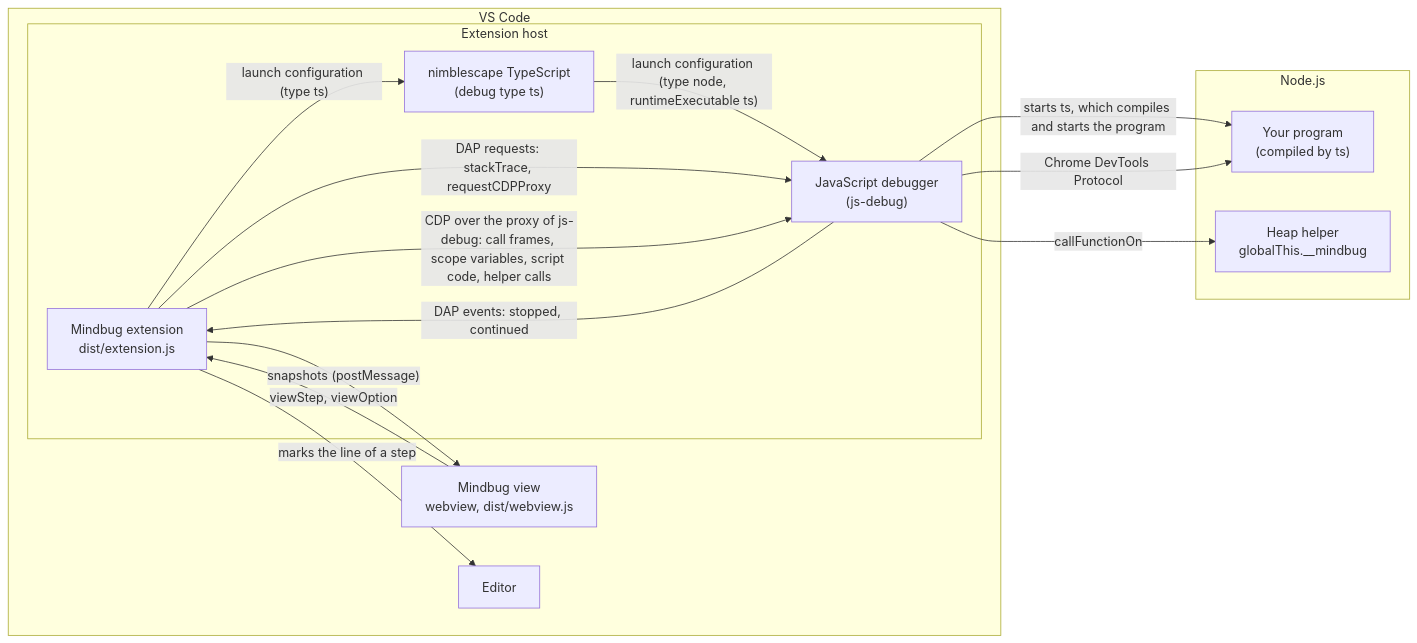
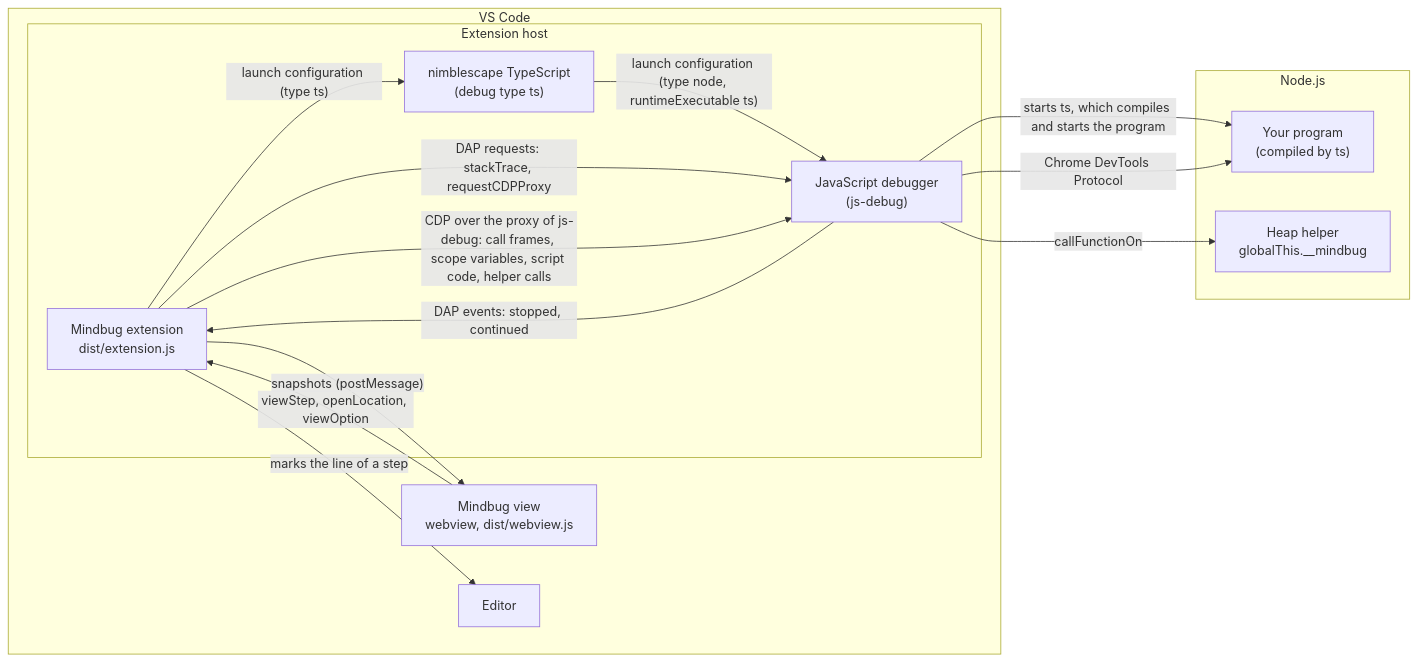
Before and after one commit to nimblescape/nimblescape-mindbug: the diagram in docs/architecture.md, drawn with Mermaid. The commit also changed other lines of this file and 11 other files, not shown here.

````diff
--- a/docs/architecture.md
+++ b/docs/architecture.md
@@ -9,27 +9,27 @@
 ```mermaid
 flowchart LR
   subgraph VSC["VS Code"]
     subgraph HOST["Extension host"]
       EXT["Mindbug extension<br/>dist/extension.js"]
       TSX["nimblescape TypeScript<br/>(debug type ts)"]
       JSD["JavaScript debugger<br/>(js-debug)"]
     end
     VIEW["Mindbug view<br/>webview, dist/webview.js"]
     ED["Editor"]
   end
   subgraph RT["Node.js"]
     PRG["Your program<br/>(compiled by ts)"]
     HW["Heap helper<br/>globalThis.__mindbug"]
   end
   EXT -- "launch configuration (type ts)" --> TSX
   TSX -- "launch configuration (type node, runtimeExecutable ts)" --> JSD
   JSD -- "starts ts, which compiles and starts the program" --> PRG
   JSD -- "Chrome DevTools Protocol" --> PRG
   JSD -- "DAP events: stopped, continued" --> EXT
   EXT -- "DAP requests: stackTrace, requestCDPProxy" --> JSD
   EXT -- "CDP over the proxy of js-debug: call frames, scope variables, script code, helper calls" --> JSD
   JSD -- "callFunctionOn" --> HW
   EXT -- "snapshots (postMessage)" --> VIEW
-  VIEW -- "viewStep, viewOption" --> EXT
+  VIEW -- "viewStep, openLocation, viewOption" --> EXT
   EXT -- "marks the line of a step" --> ED
 ```
````
